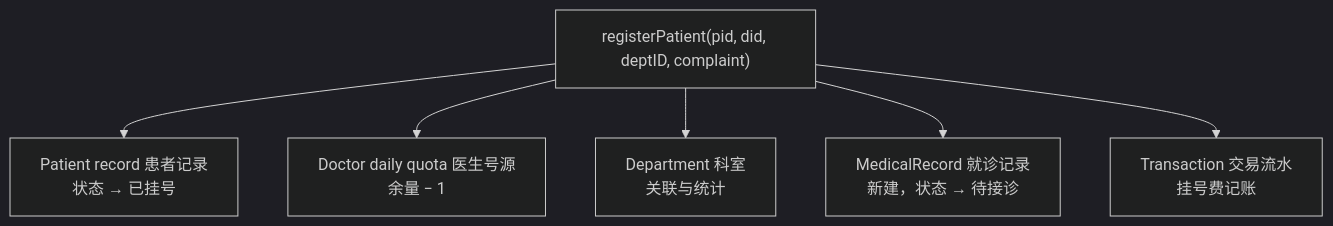
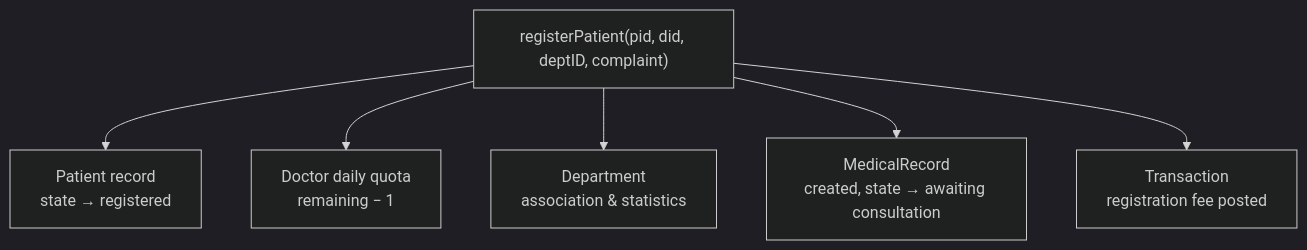
One commit to Hanwen-Tao/project-portfolio changed the fourth of 4 diagrams in docs/05-hospital-information-system.md. Above: the diagram before and after it, drawn with Mermaid (dark theme). The commit also changed other lines of this file and 11 other files, not shown here.

````diff
--- a/docs/05-hospital-information-system.md
+++ b/docs/05-hospital-information-system.md
@@ -184,8 +178,8 @@
 ```mermaid
 flowchart TD
-    R["registerPatient(pid, did, deptID, complaint)"] --> S1["Patient record 患者记录<br/>状态 → 已挂号"]
-    R --> S2["Doctor daily quota 医生号源<br/>余量 − 1"]
-    R --> S3["Department 科室<br/>关联与统计"]
-    R --> S4["MedicalRecord 就诊记录<br/>新建，状态 → 待接诊"]
-    R --> S5["Transaction 交易流水<br/>挂号费记账"]
+    R["registerPatient(pid, did, deptID, complaint)"] --> S1["Patient record<br/>state → registered"]
+    R --> S2["Doctor daily quota<br/>remaining − 1"]
+    R --> S3["Department<br/>association & statistics"]
+    R --> S4["MedicalRecord<br/>created, state → awaiting consultation"]
+    R --> S5["Transaction<br/>registration fee posted"]
 ```
````
